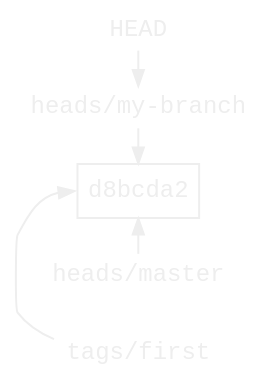
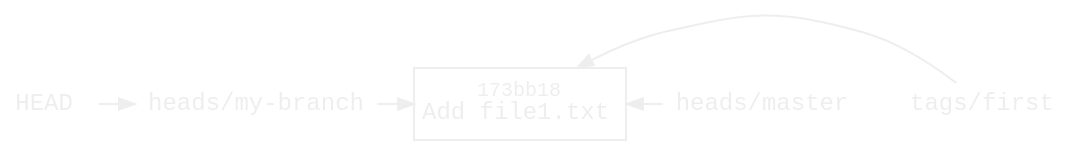
Before and after one commit to williamvds/website: the diagram in content/blog/git/branch.dot, drawn with Graphviz. The commit also changed 16 other files, not shown here.

```diff
--- a/content/blog/git/branch.dot
+++ b/content/blog/git/branch.dot
@@ -1,27 +1,29 @@
 digraph branch {
     bgcolor = transparent
     color = white
-    rankdir = RL
-    ranksep = 0
-    node [fontname=monospace, fontsize=12, fontcolor="#eeeeee",
-          margin="0.06,0.1", height=0, color="#eeeeee"]
-    edge [fontcolor="#eeeeee", color="#eeeeee", arrowsize=0.8]
 
-    rank = same
+    node [fontname=monospace fontsize=12 fontcolor="#eeeeee" margin="0.06,0.1"
+          shape=plain color="#eeeeee"]
+    edge [fontcolor="#eeeeee" color="#eeeeee" arrowsize=0.8]
 
-    node [shape=box, labeldistance=0.2]
-    "d8bcda2"
+    node [shape=box labeldistance=0.2]
+    "173bb18" [label=<<font point-size="10">173bb18</font><br/>Add file1.txt>]
 
-    node [shape=none, margin=0.05, height=0]
+    node [shape=none margin=0.05 height=0]
     HEAD
     my_branch [label="heads/my-branch"]
     master [label="heads/master"]
     first [label="tags/first"]
 
     {
+        rank = same
         HEAD -> my_branch
-        my_branch -> "d8bcda2"
-        master -> "d8bcda2" [constraint=false]
-        first -> "d8bcda2":w [constraint=false]
+        my_branch -> "173bb18"
+        master -> "173bb18" [constraint=false]
+        first -> "173bb18" [constraint=false]
     }
+
+    // Fix spline for first -> 173bb18 by adding a node above
+    invisible [style=invis]
+    invisible -> "173bb18" [style=invis]
 }
```
